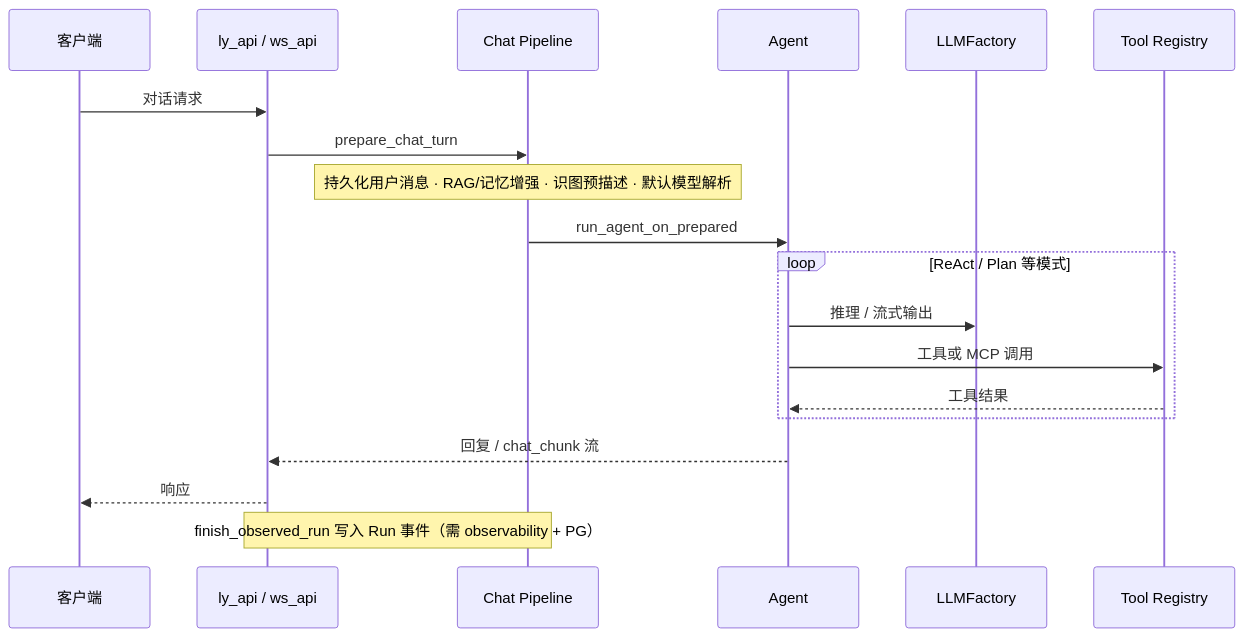
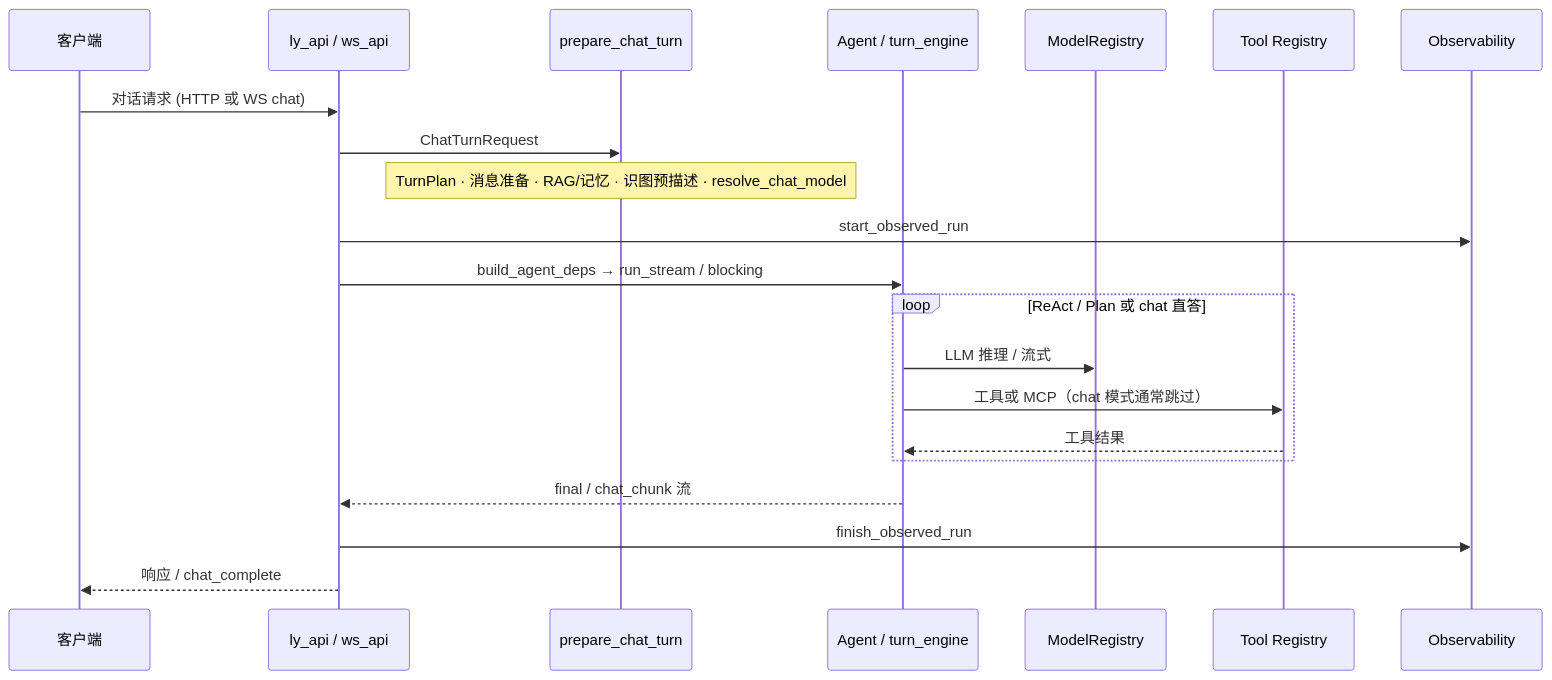
One commit to liuyingjiang-wei/LY-NEXT changed the second of 2 diagrams in README.md. Above: the diagram before and after it, drawn with Mermaid. The commit also changed other lines of this file and 4 other files, not shown here.

````diff
--- a/README.md
+++ b/README.md
@@ -185,22 +193,24 @@
 ```mermaid
 sequenceDiagram
   participant C as 客户端
   participant API as ly_api / ws_api
-  participant P as Chat Pipeline
-  participant A as Agent
-  participant L as LLMFactory
+  participant P as prepare_chat_turn
+  participant A as Agent / turn_engine
+  participant R as ModelRegistry
   participant T as Tool Registry
+  participant O as Observability
 
-  C->>API: 对话请求
-  API->>P: prepare_chat_turn
-  Note over P: 持久化用户消息 · RAG/记忆增强 · 识图预描述 · 默认模型解析
-  P->>A: run_agent_on_prepared
-  loop ReAct / Plan 等模式
-    A->>L: 推理 / 流式输出
-    A->>T: 工具或 MCP 调用
+  C->>API: 对话请求 (HTTP 或 WS chat)
+  API->>P: ChatTurnRequest
+  Note over P: TurnPlan · 消息准备 · RAG/记忆 · 识图预描述 · resolve_chat_model
+  API->>O: start_observed_run
+  API->>A: build_agent_deps → run_stream / blocking
+  loop ReAct / Plan 或 chat 直答
+    A->>R: LLM 推理 / 流式
+    A->>T: 工具或 MCP（chat 模式通常跳过）
     T-->>A: 工具结果
   end
-  A-->>API: 回复 / chat_chunk 流
-  API-->>C: 响应
-  Note over API,P: finish_observed_run 写入 Run 事件（需 observability + PG）
+  A-->>API: final / chat_chunk 流
+  API->>O: finish_observed_run
+  API-->>C: 响应 / chat_complete
 ```
````
